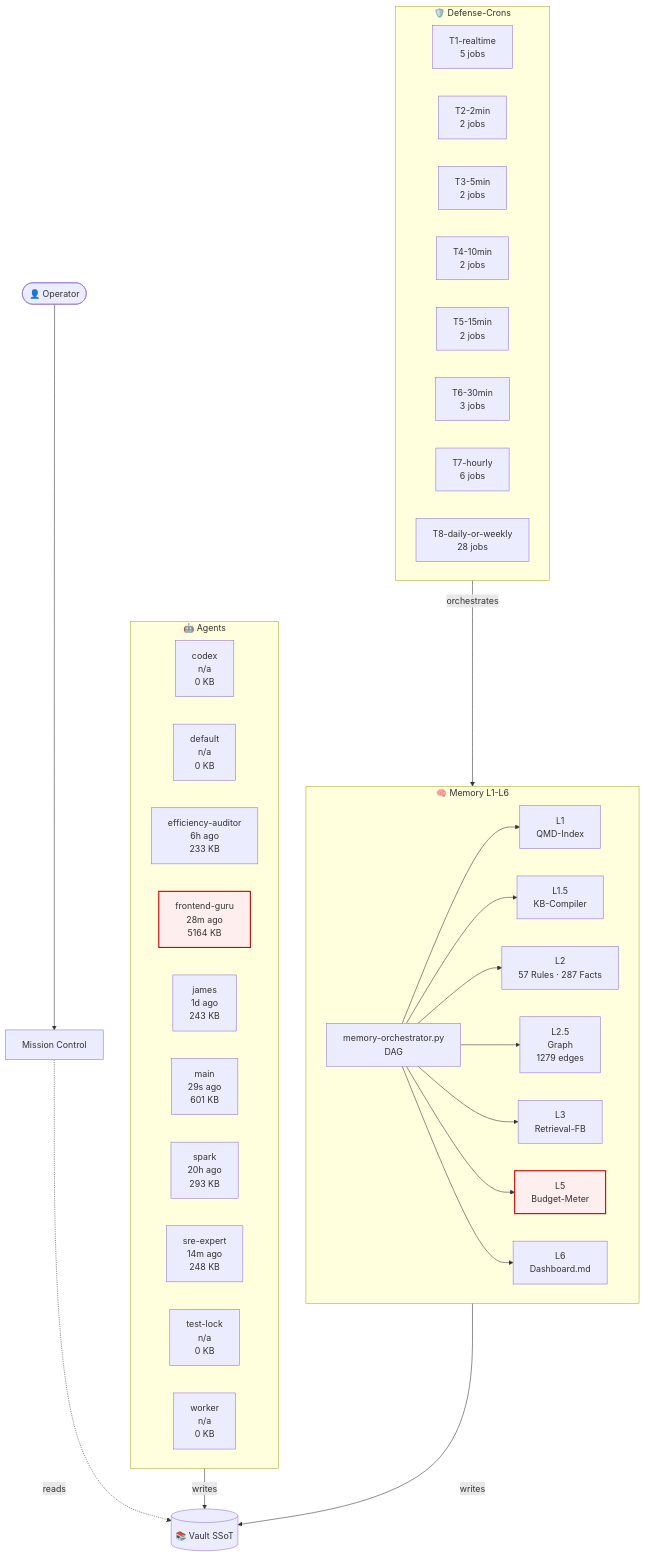
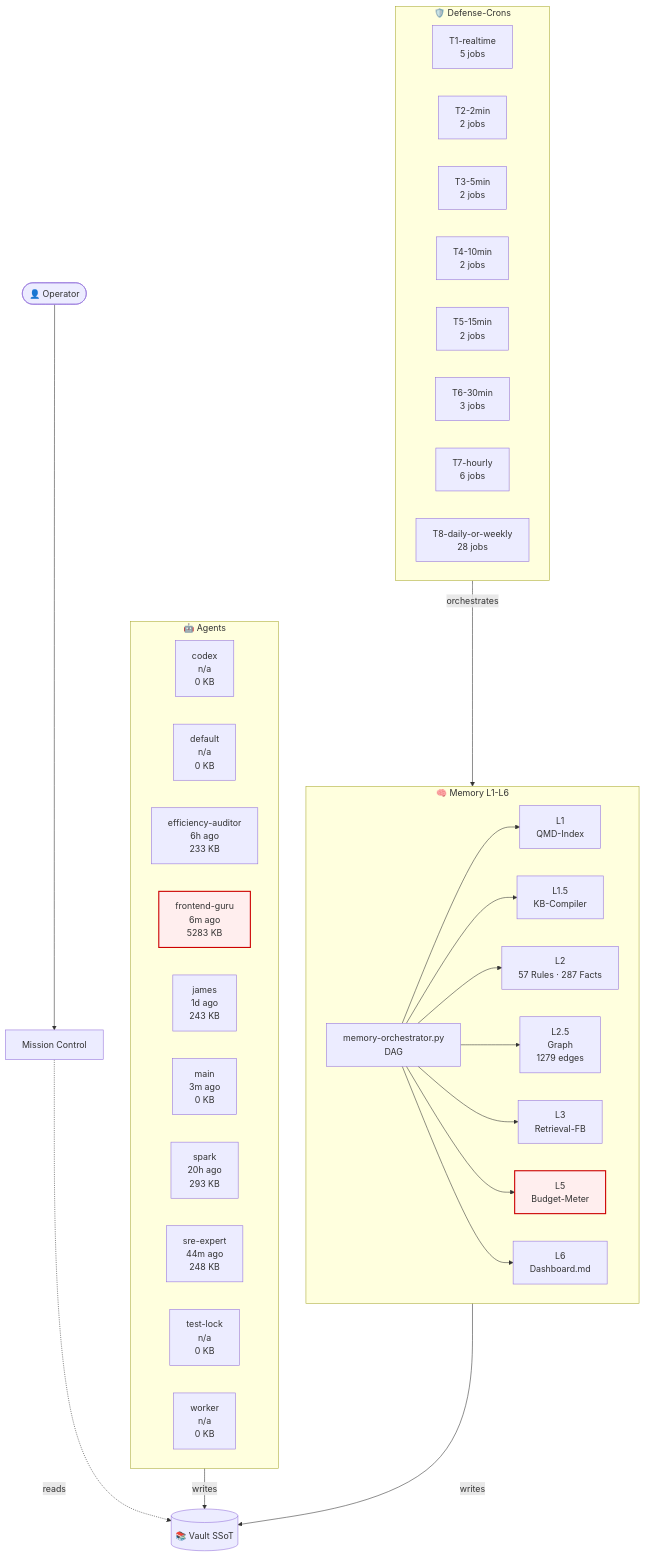
The diagram in 03-Agents/architecture-live.md (lenardhuebner88-rgb/openclaw-memory), drawn with Mermaid before and after one commit. The commit also changed other lines of this file and 18 other files, not shown here.

````diff
--- a/03-Agents/architecture-live.md
+++ b/03-Agents/architecture-live.md
@@ -18,53 +18,53 @@
 ```mermaid
 flowchart TB
     classDef critical fill:#fee,stroke:#c00,stroke-width:2px;
     subgraph AGT["🤖 Agents"]
         agent_codex["codex<br/>n/a<br/>0 KB"]
         agent_default["default<br/>n/a<br/>0 KB"]
         agent_efficiency_auditor["efficiency-auditor<br/>6h ago<br/>233 KB"]
-        agent_frontend_guru["frontend-guru<br/>28m ago<br/>5164 KB"]
+        agent_frontend_guru["frontend-guru<br/>6m ago<br/>5283 KB"]
         agent_james["james<br/>1d ago<br/>243 KB"]
-        agent_main["main<br/>29s ago<br/>601 KB"]
+        agent_main["main<br/>3m ago<br/>0 KB"]
         agent_spark["spark<br/>20h ago<br/>293 KB"]
-        agent_sre_expert["sre-expert<br/>14m ago<br/>248 KB"]
+        agent_sre_expert["sre-expert<br/>44m ago<br/>248 KB"]
         agent_test_lock["test-lock<br/>n/a<br/>0 KB"]
         agent_worker["worker<br/>n/a<br/>0 KB"]
     end
     subgraph MEM["🧠 Memory L1-L6"]
         L1["L1<br/>QMD-Index"]
         L15["L1.5<br/>KB-Compiler"]
         L2["L2<br/>57 Rules · 287 Facts"]
         L25["L2.5<br/>Graph<br/>1279 edges"]
         L3["L3<br/>Retrieval-FB"]
         L5["L5<br/>Budget-Meter"]
         L6["L6<br/>Dashboard.md"]
         ORCH["memory-orchestrator.py<br/>DAG"]
     end
     subgraph CRN["🛡️ Defense-Crons"]
         tier_T1_realtime["T1-realtime<br/>5 jobs"]
         tier_T2_2min["T2-2min<br/>2 jobs"]
         tier_T3_5min["T3-5min<br/>2 jobs"]
         tier_T4_10min["T4-10min<br/>2 jobs"]
         tier_T5_15min["T5-15min<br/>2 jobs"]
         tier_T6_30min["T6-30min<br/>3 jobs"]
         tier_T7_hourly["T7-hourly<br/>6 jobs"]
         tier_T8_daily_or_weekly["T8-daily-or-weekly<br/>28 jobs"]
     end
     VAULT[("📚 Vault SSoT")]
     OP([👤 Operator])
     MC["Mission Control"]
     OP --> MC
     MC -.reads.-> VAULT
     AGT -->|writes| VAULT
     MEM -->|writes| VAULT
     ORCH --> L1
     ORCH --> L15
     ORCH --> L2
     ORCH --> L25
     ORCH --> L3
     ORCH --> L5
     ORCH --> L6
     CRN -->|orchestrates| MEM
     class L5 critical
     class agent_frontend_guru critical
 ```
````
